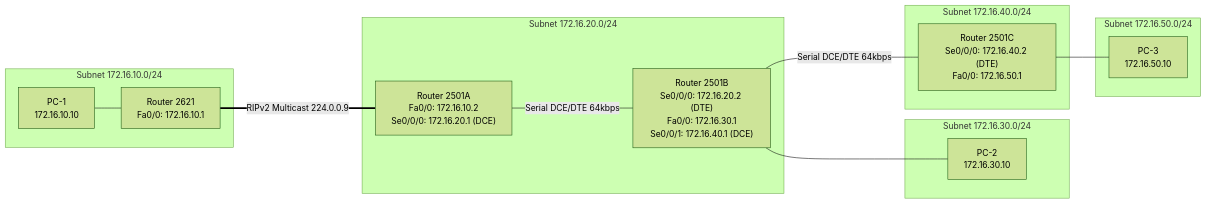
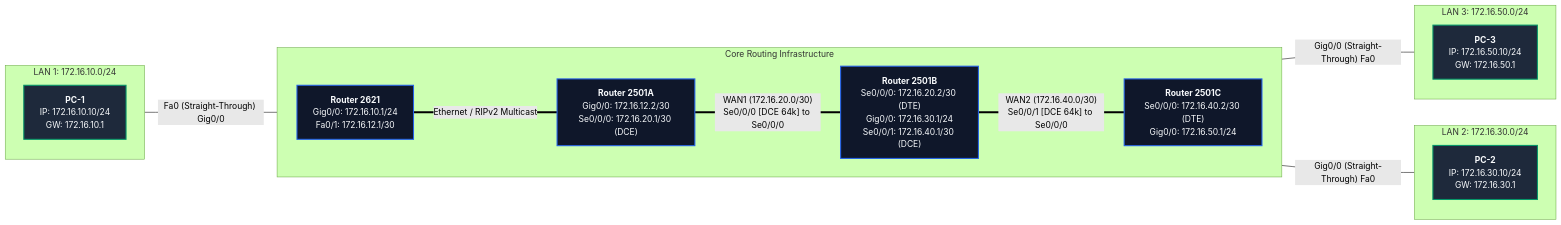
One commit to tott1o/networks_lab_ktu_s5_24scheme changed the diagram in exp13_ripv2_routing/PACKET_TRACER_GUIDE.md. Above: the diagram before and after it, drawn with Mermaid (forest theme). The commit also changed other lines of this file and 66 other files, not shown here.

````diff
--- a/exp13_ripv2_routing/PACKET_TRACER_GUIDE.md
+++ b/exp13_ripv2_routing/PACKET_TRACER_GUIDE.md
@@ -33,24 +46,41 @@
 ```mermaid
 graph LR
-    subgraph LAN1 ["Subnet 172.16.10.0/24"]
-        PC1["PC-1\n172.16.10.10"] --- R2621["Router 2621\nFa0/0: 172.16.10.1"]
+    %% Subnet Definitions
+    subgraph LAN1 ["LAN 1: 172.16.10.0/24"]
+        direction TB
+        PC1["<b>PC-1</b><br/>IP: 172.16.10.10/24<br/>GW: 172.16.10.1"]
     end
 
-    R2621 ===|RIPv2 Multicast 224.0.0.9| R2501A["Router 2501A\nFa0/0: 172.16.10.2\nSe0/0/0: 172.16.20.1 (DCE)"]
-
-    subgraph WAN1 ["Subnet 172.16.20.0/24"]
-        R2501A ---|Serial DCE/DTE 64kbps| R2501B["Router 2501B\nSe0/0/0: 172.16.20.2 (DTE)\nFa0/0: 172.16.30.1\nSe0/0/1: 172.16.40.1 (DCE)"]
+    subgraph ROUTERS ["Core Routing Infrastructure"]
+        direction LR
+        R2621["<b>Router 2621</b><br/>Gig0/0: 172.16.10.1/24<br/>Fa0/1: 172.16.12.1/30"]
+        R2501A["<b>Router 2501A</b><br/>Gig0/0: 172.16.12.2/30<br/>Se0/0/0: 172.16.20.1/30 (DCE)"]
+        R2501B["<b>Router 2501B</b><br/>Se0/0/0: 172.16.20.2/30 (DTE)<br/>Gig0/0: 172.16.30.1/24<br/>Se0/0/1: 172.16.40.1/30 (DCE)"]
+        R2501C["<b>Router 2501C</b><br/>Se0/0/0: 172.16.40.2/30 (DTE)<br/>Gig0/0: 172.16.50.1/24"]
     end
 
-    subgraph LAN2 ["Subnet 172.16.30.0/24"]
-        R2501B --- PC2["PC-2\n172.16.30.10"]
+    subgraph LAN2 ["LAN 2: 172.16.30.0/24"]
+        direction TB
+        PC2["<b>PC-2</b><br/>IP: 172.16.30.10/24<br/>GW: 172.16.30.1"]
     end
 
-    subgraph WAN2 ["Subnet 172.16.40.0/24"]
-        R2501B ---|Serial DCE/DTE 64kbps| R2501C["Router 2501C\nSe0/0/0: 172.16.40.2 (DTE)\nFa0/0: 172.16.50.1"]
+    subgraph LAN3 ["LAN 3: 172.16.50.0/24"]
+        direction TB
+        PC3["<b>PC-3</b><br/>IP: 172.16.50.10/24<br/>GW: 172.16.50.1"]
     end
 
-    subgraph LAN3 ["Subnet 172.16.50.0/24"]
-        R2501C --- PC3["PC-3\n172.16.50.10"]
-    end
+    %% Connections
+    PC1 ---|"Fa0 (Straight-Through) Gig0/0"| R2621
+    R2621 == "Ethernet / RIPv2 Multicast" === R2501A
+    R2501A == "WAN1 (172.16.20.0/30)<br/>Se0/0/0 [DCE 64k] to Se0/0/0" === R2501B
+    R2501B ---|"Gig0/0 (Straight-Through) Fa0"| PC2
+    R2501B == "WAN2 (172.16.40.0/30)<br/>Se0/0/1 [DCE 64k] to Se0/0/0" === R2501C
+    R2501C ---|"Gig0/0 (Straight-Through) Fa0"| PC3
+
+    %% Styling
+    classDef router fill:#0f172a,stroke:#2563eb,stroke-width:2px,color:#f8fafc;
+    classDef pc fill:#1e293b,stroke:#059669,stroke-width:2px,color:#f8fafc;
+
+    class R2621,R2501A,R2501B,R2501C router;
+    class PC1,PC2,PC3 pc;
 ```
````
